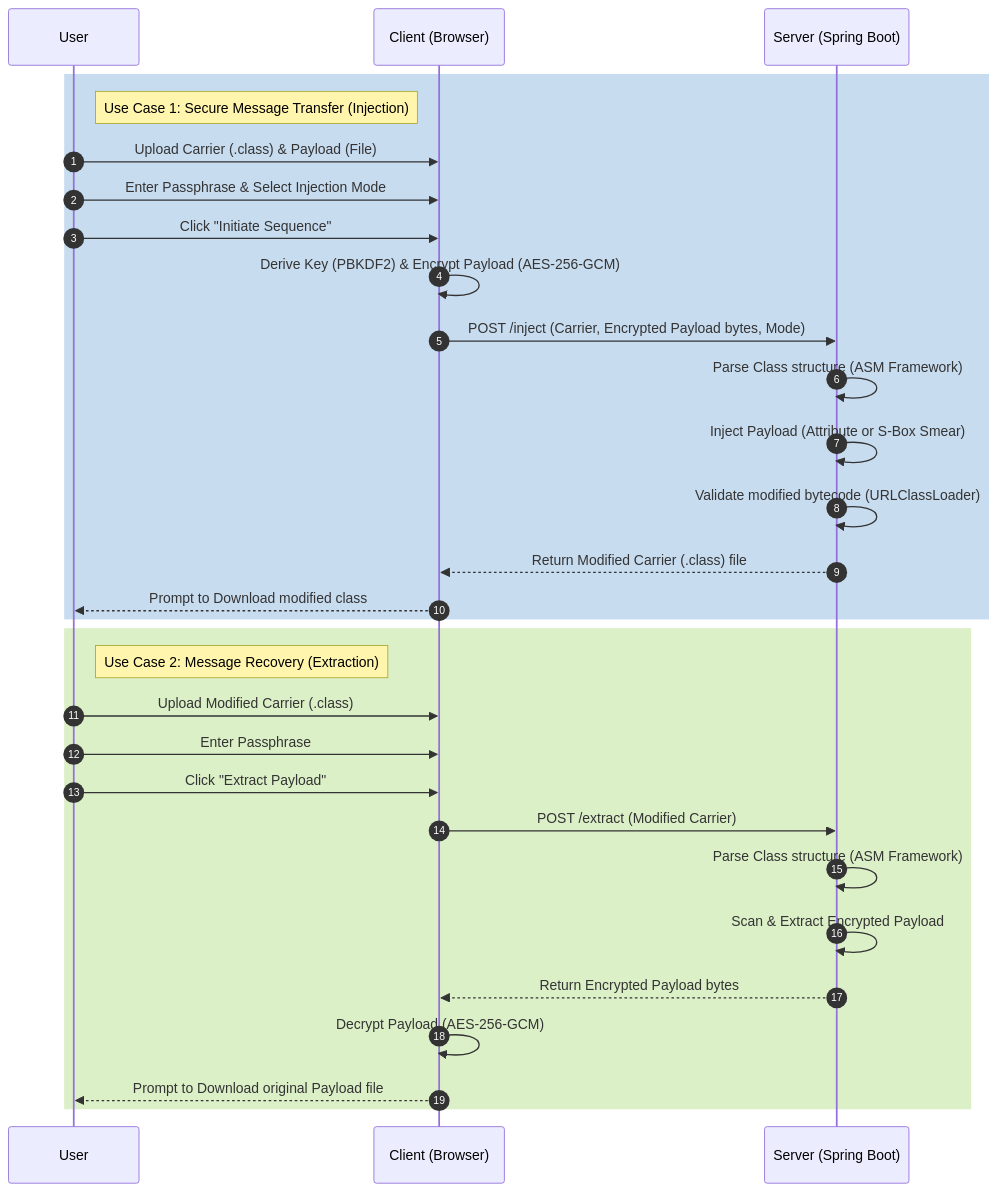
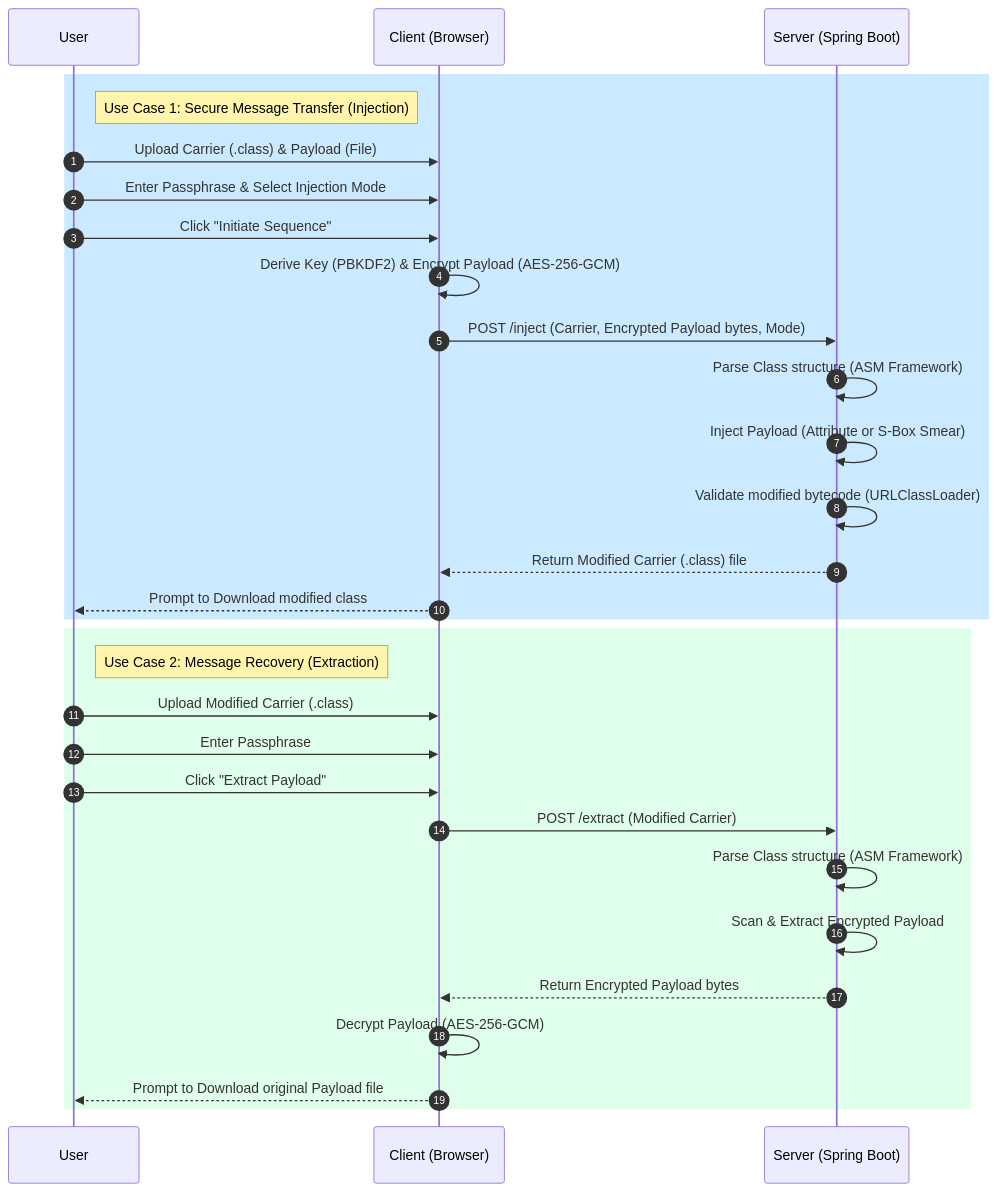
The first of 3 diagrams in docs/system_diagrams.md (RohitBharadwaj-rvu/ghost-in-the-bytecode), drawn with Mermaid before and after one commit. The commit also changed other lines of this file and 7 other files, not shown here.

````diff
--- a/docs/system_diagrams.md
+++ b/docs/system_diagrams.md
@@ -9,36 +9,36 @@
 ```mermaid
 sequenceDiagram
     autonumber
     participant U as User
     participant B as Client (Browser)
     participant S as Server (Spring Boot)
 
     %% Injection Flow
-    rect rgb(200, 220, 240)
+    rect rgba(0, 150, 255, 0.2)
     note right of U: Use Case 1: Secure Message Transfer (Injection)
     U->>B: Upload Carrier (.class) & Payload (File)
     U->>B: Enter Passphrase & Select Injection Mode
     U->>B: Click "Initiate Sequence"
     B->>B: Derive Key (PBKDF2) & Encrypt Payload (AES-256-GCM)
     B->>S: POST /inject (Carrier, Encrypted Payload bytes, Mode)
     S->>S: Parse Class structure (ASM Framework)
     S->>S: Inject Payload (Attribute or S-Box Smear)
     S->>S: Validate modified bytecode (URLClassLoader)
     S-->>B: Return Modified Carrier (.class) file
     B-->>U: Prompt to Download modified class
     end
 
     %% Extraction Flow
-    rect rgb(220, 240, 200)
+    rect rgba(100, 255, 150, 0.2)
     note right of U: Use Case 2: Message Recovery (Extraction)
     U->>B: Upload Modified Carrier (.class)
     U->>B: Enter Passphrase
     U->>B: Click "Extract Payload"
     B->>S: POST /extract (Modified Carrier)
     S->>S: Parse Class structure (ASM Framework)
     S->>S: Scan & Extract Encrypted Payload
     S-->>B: Return Encrypted Payload bytes
     B->>B: Decrypt Payload (AES-256-GCM)
     B-->>U: Prompt to Download original Payload file
     end
 ```
````
